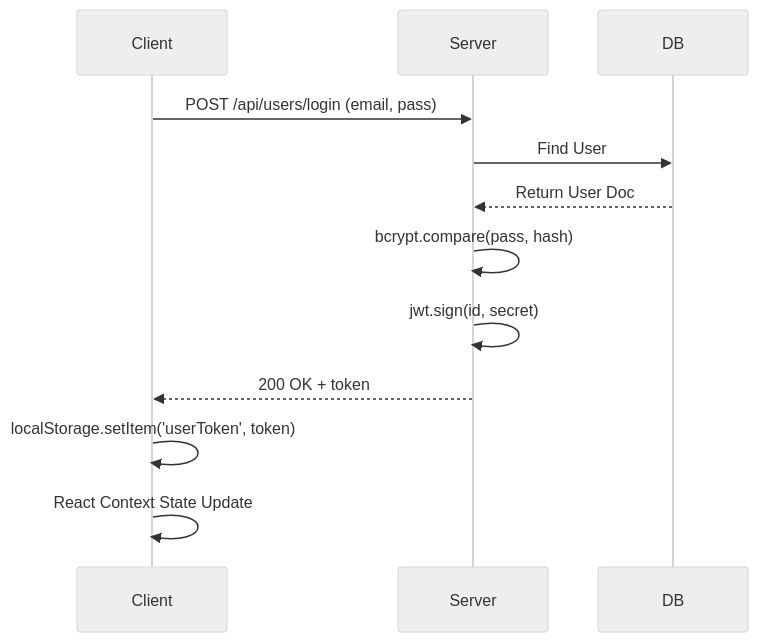
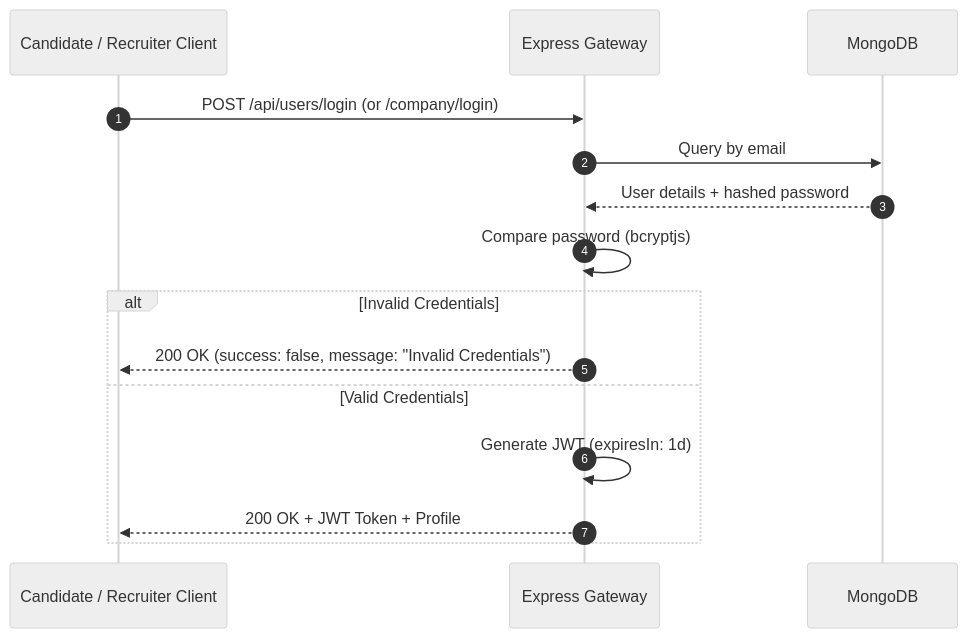
Before and after one commit to SarthakDudhe/InsiderJobs: the second of 3 diagrams in README.md, drawn with Mermaid (neutral theme). The commit also changed other lines of this file, not shown here.

Commit message:
docs: update project README with branding, improved tech stack details, and comprehensive documentation structure

````diff
--- a/README.md
+++ b/README.md
@@ -111,14 +142,18 @@
 ```mermaid
 sequenceDiagram
-    participant Client
-    participant Server
-    participant DB
-    Client->>Server: POST /api/users/login (email, pass)
-    Server->>DB: Find User
-    DB-->>Server: Return User Doc
-    Server->>Server: bcrypt.compare(pass, hash)
-    Server->>Server: jwt.sign(id, secret)
-    Server-->>Client: 200 OK + token
-    Client->>Client: localStorage.setItem('userToken', token)
-    Client->>Client: React Context State Update
+    autonumber
+    participant Client as Candidate / Recruiter Client
+    participant API as Express Gateway
+    participant Database as MongoDB
+    
+    Client->>API: POST /api/users/login (or /company/login)
+    API->>Database: Query by email
+    Database-->>API: User details + hashed password
+    API->>API: Compare password (bcryptjs)
+    alt Invalid Credentials
+        API-->>Client: 200 OK (success: false, message: "Invalid Credentials")
+    else Valid Credentials
+        API->>API: Generate JWT (expiresIn: 1d)
+        API-->>Client: 200 OK + JWT Token + Profile
+    end
 ```
````
